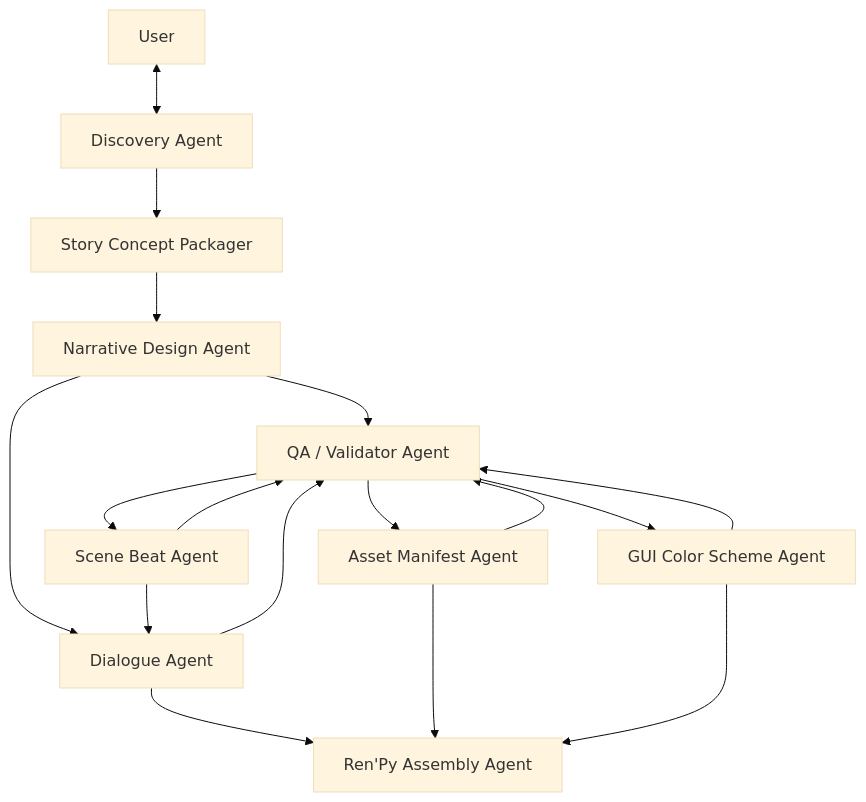
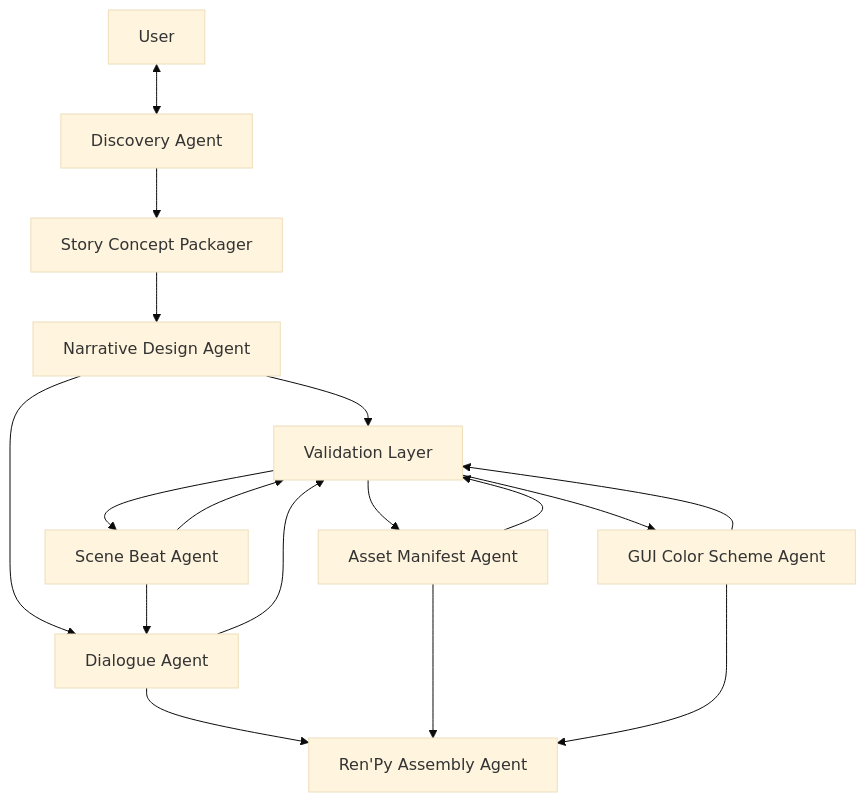
Before and after one commit to danglenzig/KARLA_PROD: the diagram in README.md, drawn with Mermaid (base theme).

Commit message:
Rename QA agent to Validation Layer

````diff
--- a/README.md
+++ b/README.md
@@ -118,30 +118,30 @@
 ```mermaid
 graph TD
     US[User]
     DI[Discovery Agent]
     CP[Story Concept Packager]
     ND[Narrative Design Agent]
     SB[Scene Beat Agent]
     DA[Dialogue Agent]
     AM[Asset Manifest Agent]
     CA[GUI Color Scheme Agent]
     RP[Ren'Py Assembly Agent]
-    QA[QA / Validator Agent]
+    QA[Validation Layer]
 
     US <--> DI
     DI --> CP
     CP --> ND
     ND --> QA
     QA --> SB
     QA --> AM
     QA --> CA
     SB --> QA
     ND --> DA
     SB --> DA
     DA --> QA
     AM --> QA
     CA --> QA
     DA --> RP
     AM --> RP
     CA --> RP
 ```
````
